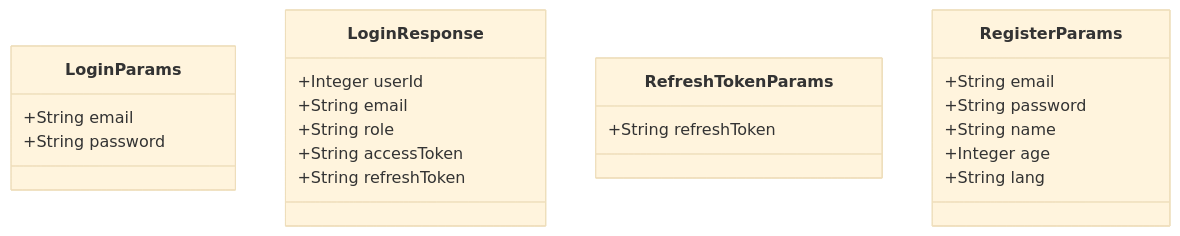
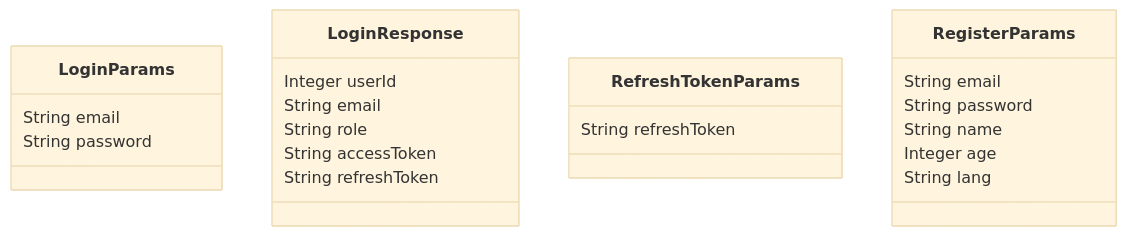
One commit to GruboKrojone/SneakFit changed the first of 5 diagrams in Backend/README.md. Above: the diagram before and after it, drawn with Mermaid (base theme). The commit also changed other lines of this file, not shown here.

````diff
--- a/Backend/README.md
+++ b/Backend/README.md
@@ -774,25 +774,25 @@
 ```mermaid
 classDiagram
     class LoginParams {
-        +String email
-        +String password
+        String email
+        String password
     }
     class LoginResponse {
-        +Integer userId
-        +String email
-        +String role
-        +String accessToken
-        +String refreshToken
+        Integer userId
+        String email
+        String role
+        String accessToken
+        String refreshToken
     }
     class RefreshTokenParams {
-        +String refreshToken
+        String refreshToken
     }
     class RegisterParams {
-        +String email
-        +String password
-        +String name
-        +Integer age
-        +String lang
+        String email
+        String password
+        String name
+        Integer age
+        String lang
     }
     
 ```
````
